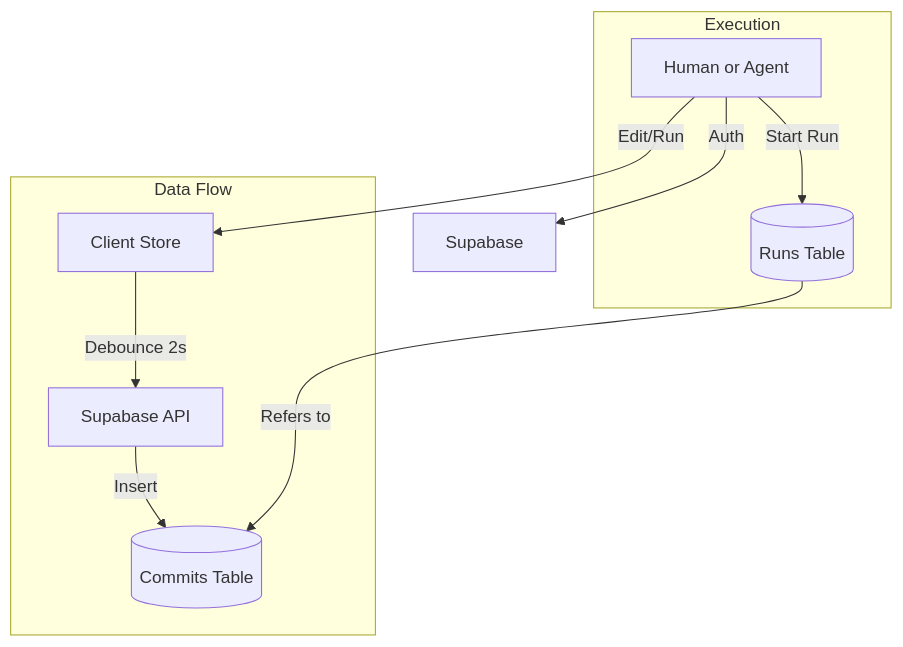
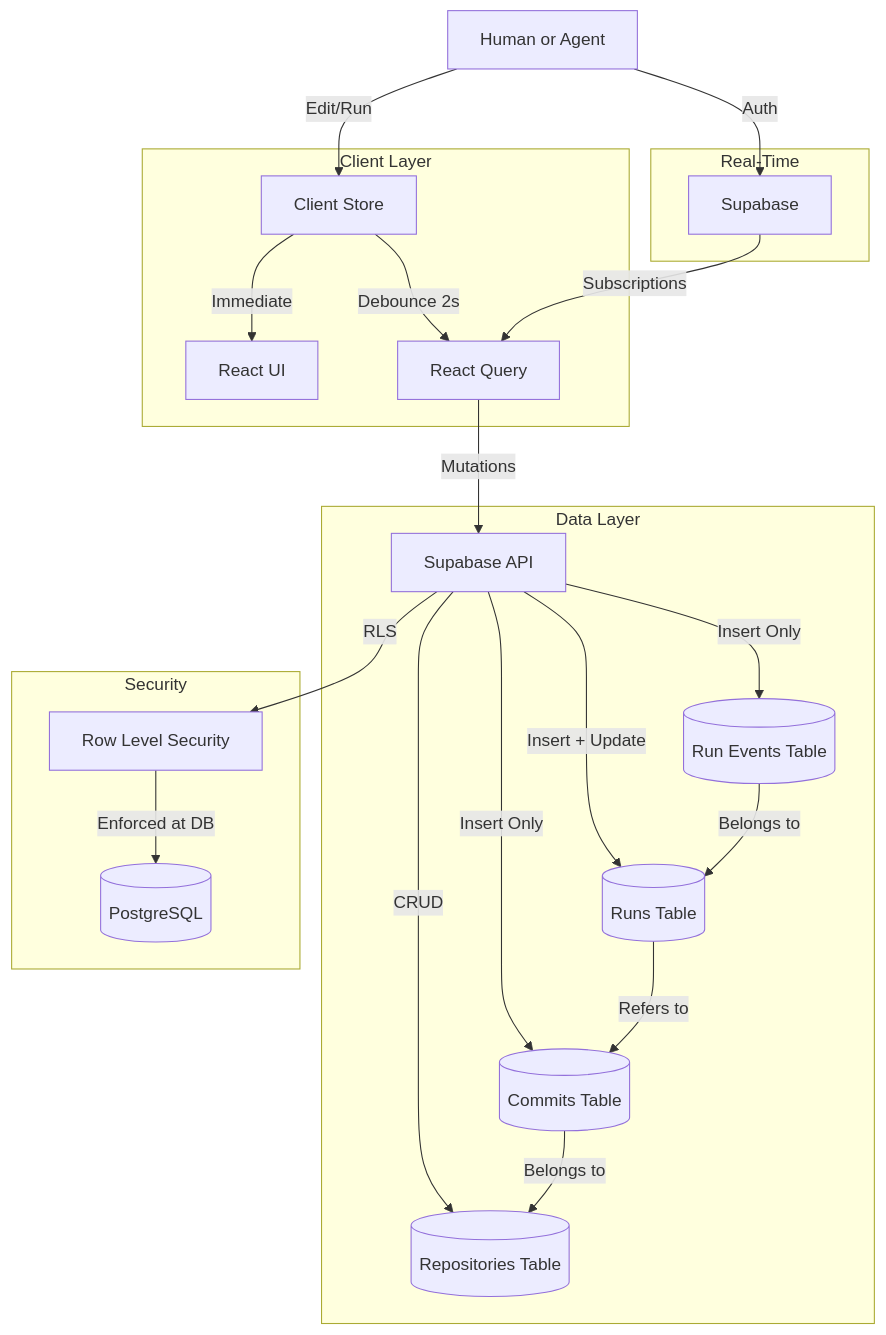
The diagram in ARCHITECTURE.md (Rajaramesh-polumuru/checklist-hq), drawn with Mermaid before and after one commit. The commit also changed other lines of this file and 143 other files, not shown here.

Commit message:
Refactor UI components, consolidate roadmap documentation, and introduce new layout utilities and user guides.

````diff
--- a/ARCHITECTURE.md
+++ b/ARCHITECTURE.md
@@ -89,15 +411,31 @@
 ```mermaid
 graph TD
     User[Human or Agent] -->|Auth| Supabase
     User -->|Edit/Run| Zustand[Client Store]
-    
-    subgraph Data Flow
-    Zustand -->|Debounce 2s| API[Supabase API]
-    API -->|Insert| Commits[(Commits Table)]
+
+    subgraph Client Layer
+    Zustand -->|Immediate| UI[React UI]
+    Zustand -->|Debounce 2s| ReactQuery[React Query]
     end
-    
-    subgraph Execution
-    User -->|Start Run| Runs[(Runs Table)]
+
+    subgraph Data Layer
+    ReactQuery -->|Mutations| API[Supabase API]
+    API -->|Insert Only| Commits[(Commits Table)]
+    API -->|CRUD| Repos[(Repositories Table)]
+    API -->|Insert + Update| Runs[(Runs Table)]
+    API -->|Insert Only| Events[(Run Events Table)]
+    end
+
+    subgraph Real-Time
+    Supabase -->|Subscriptions| ReactQuery
+    end
+
+    subgraph Security
+    API -->|RLS| Policies[Row Level Security]
+    Policies -->|Enforced at DB| Postgres[(PostgreSQL)]
+    end
+
     Runs -->|Refers to| Commits
-    end
+    Events -->|Belongs to| Runs
+    Commits -->|Belongs to| Repos
 ```
````
